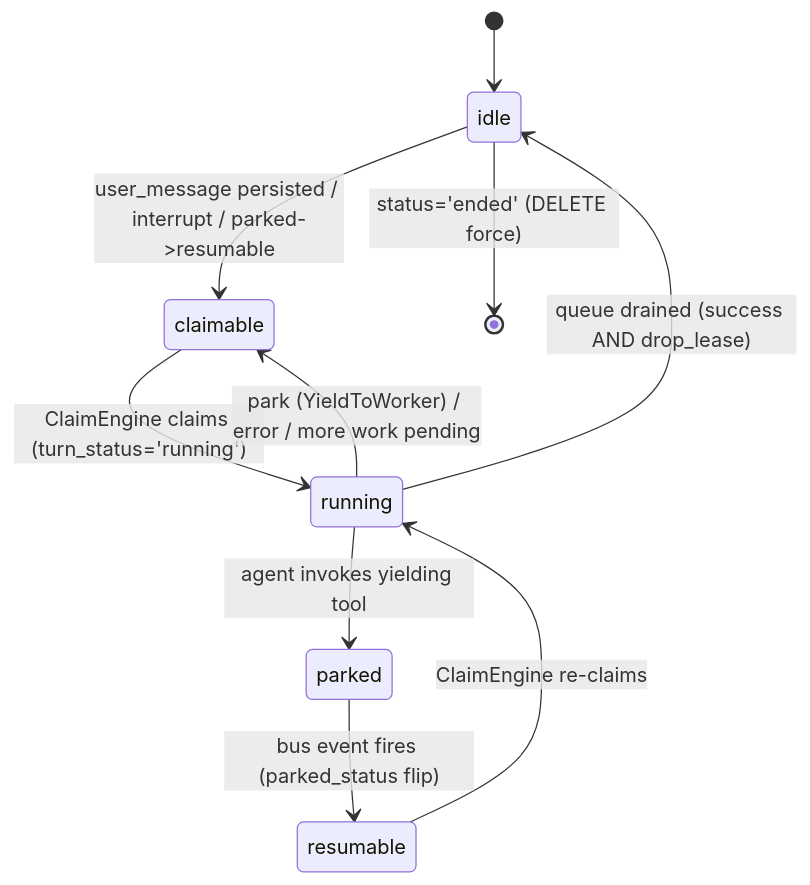
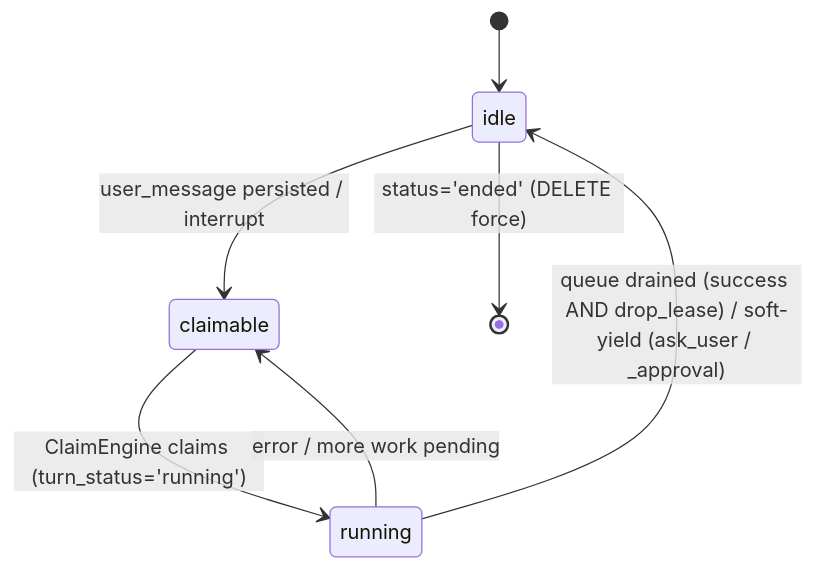
The second of 3 diagrams in docs/dev/subsystems/chats.md (primerhq/primer), drawn with Mermaid before and after one commit. The commit also changed other lines of this file, not shown here.

First line of the commit message:
docs: reconcile dev chats subsystem doc with the soft-yield model

````diff
--- a/docs/dev/subsystems/chats.md
+++ b/docs/dev/subsystems/chats.md
@@ -65,12 +65,9 @@
 ```mermaid
 stateDiagram-v2
     [*] --> idle
-    idle --> claimable: user_message persisted / interrupt / parked->resumable
+    idle --> claimable: user_message persisted / interrupt
     claimable --> running: ClaimEngine claims (turn_status='running')
-    running --> idle: queue drained (success AND drop_lease)
-    running --> claimable: park (YieldToWorker) / error / more work pending
-    running --> parked: agent invokes yielding tool
-    parked --> resumable: bus event fires (parked_status flip)
-    resumable --> running: ClaimEngine re-claims
+    running --> idle: queue drained (success AND drop_lease) / soft-yield (ask_user / _approval)
+    running --> claimable: error / more work pending
     idle --> [*]: status='ended' (DELETE force)
 ```
````
